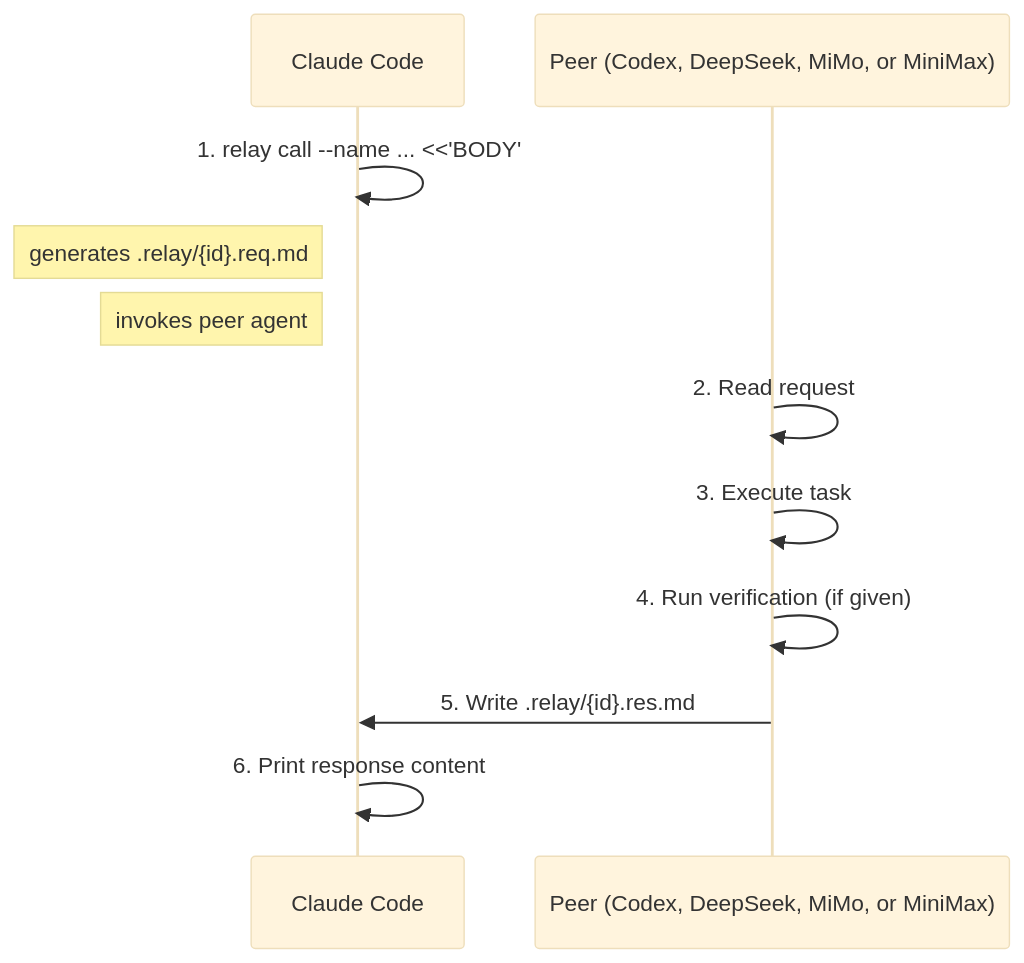
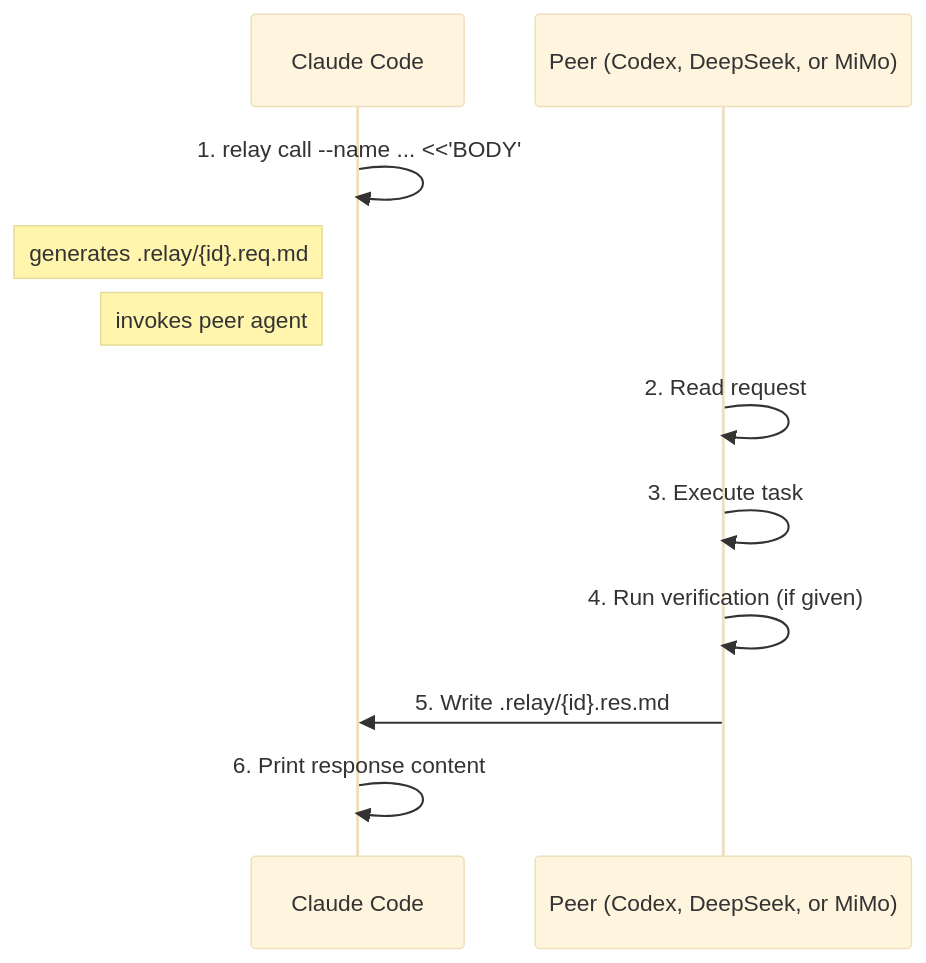
The diagram in agents/extensions/skills/relay/README.md (chrisliu298/dotfiles), drawn with Mermaid (base theme) before and after one commit. The commit also changed other lines of this file and 9 other files, not shown here.

First line of the commit message:
minimax: remove the MiniMax-M3 peer from relay, prism, and shell

````diff
--- a/agents/extensions/skills/relay/README.md
+++ b/agents/extensions/skills/relay/README.md
@@ -98,14 +93,14 @@
 ```mermaid
 sequenceDiagram
     participant C as Claude Code
-    participant P as Peer (Codex, DeepSeek, MiMo, or MiniMax)
+    participant P as Peer (Codex, DeepSeek, or MiMo)
 
     C->>C: 1. relay call --name ... <<'BODY'
     Note left of C: generates .relay/{id}.req.md
     Note left of C: invokes peer agent
     P->>P: 2. Read request
     P->>P: 3. Execute task
     P->>P: 4. Run verification (if given)
     P->>C: 5. Write .relay/{id}.res.md
     C->>C: 6. Print response content
 ```
````
